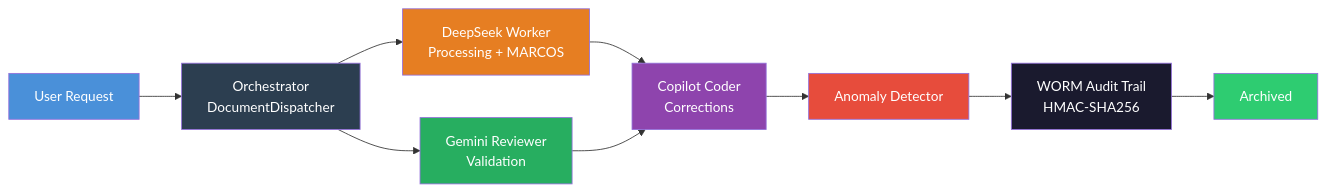
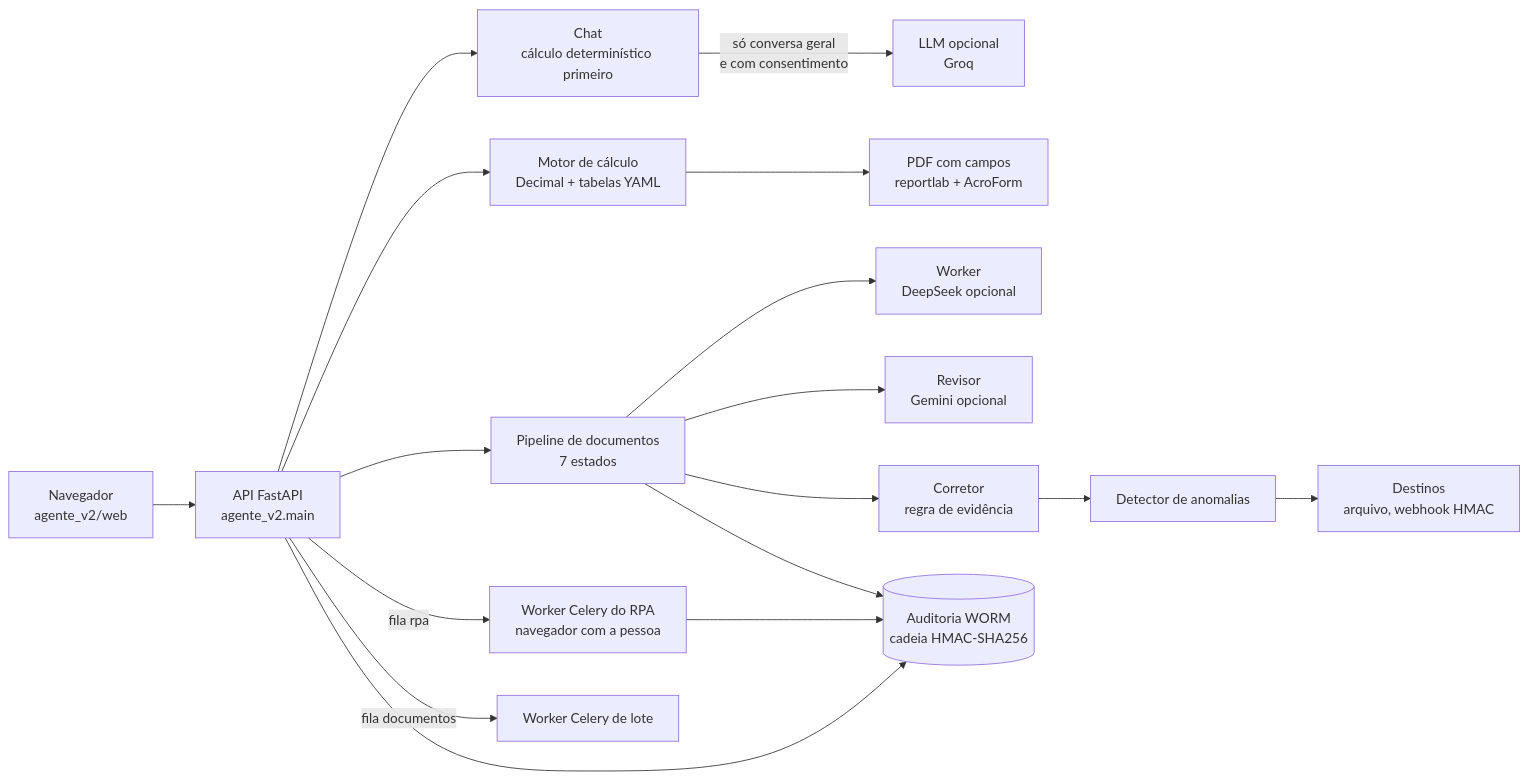
The diagram in README.md (matheusStark25/sovereign-accounting-agent), drawn with Mermaid before and after one commit. The commit also changed other lines of this file and 62 other files, not shown here.

````diff
--- a/README.md
+++ b/README.md
@@ -27,20 +38,19 @@
 ```mermaid
 graph LR
-    A[User Request] --> B[Orchestrator<br/>DocumentDispatcher]
-    B --> C[DeepSeek Worker<br/>Processing + MARCOS]
-    B --> D[Gemini Reviewer<br/>Validation]
-    C --> E[Copilot Coder<br/>Corrections]
-    D --> E
-    E --> F[Anomaly Detector]
-    F --> G[WORM Audit Trail<br/>HMAC-SHA256]
-    G --> H[Archived]
-
-    style A fill:#4A90D9,color:#fff
-    style B fill:#2C3E50,color:#fff
-    style C fill:#E67E22,color:#fff
-    style D fill:#27AE60,color:#fff
-    style E fill:#8E44AD,color:#fff
-    style F fill:#E74C3C,color:#fff
-    style G fill:#1A1A2E,color:#fff
-    style H fill:#2ECC71,color:#fff
+    U[Navegador<br/>agente_v2/web] --> A[API FastAPI<br/>agente_v2.main]
+    A --> C[Chat<br/>cálculo determinístico primeiro]
+    C -->|só conversa geral<br/>e com consentimento| L[LLM opcional<br/>Groq]
+    A --> K[Motor de cálculo<br/>Decimal + tabelas YAML]
+    K --> P[PDF com campos<br/>reportlab + AcroForm]
+    A --> D[Pipeline de documentos<br/>7 estados]
+    D --> W[Worker<br/>DeepSeek opcional]
+    D --> R[Revisor<br/>Gemini opcional]
+    D --> O[Corretor<br/>regra de evidência]
+    O --> N[Detector de anomalias]
+    N --> X[Destinos<br/>arquivo, webhook HMAC]
+    A -->|fila rpa| Q[Worker Celery do RPA<br/>navegador com a pessoa]
+    A -->|fila documentos| B[Worker Celery de lote]
+    A --> T[(Auditoria WORM<br/>cadeia HMAC-SHA256)]
+    D --> T
+    Q --> T
 ```
````
